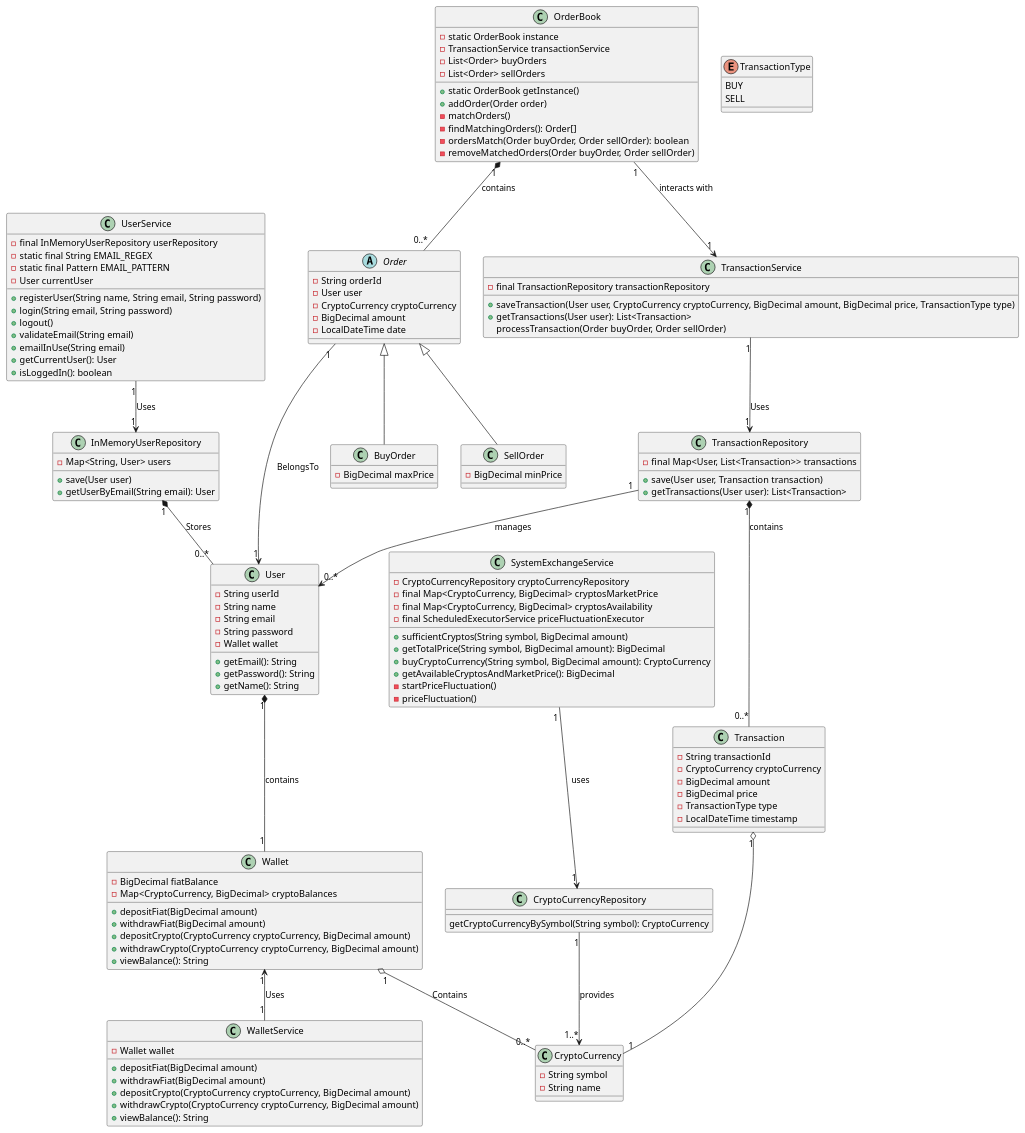
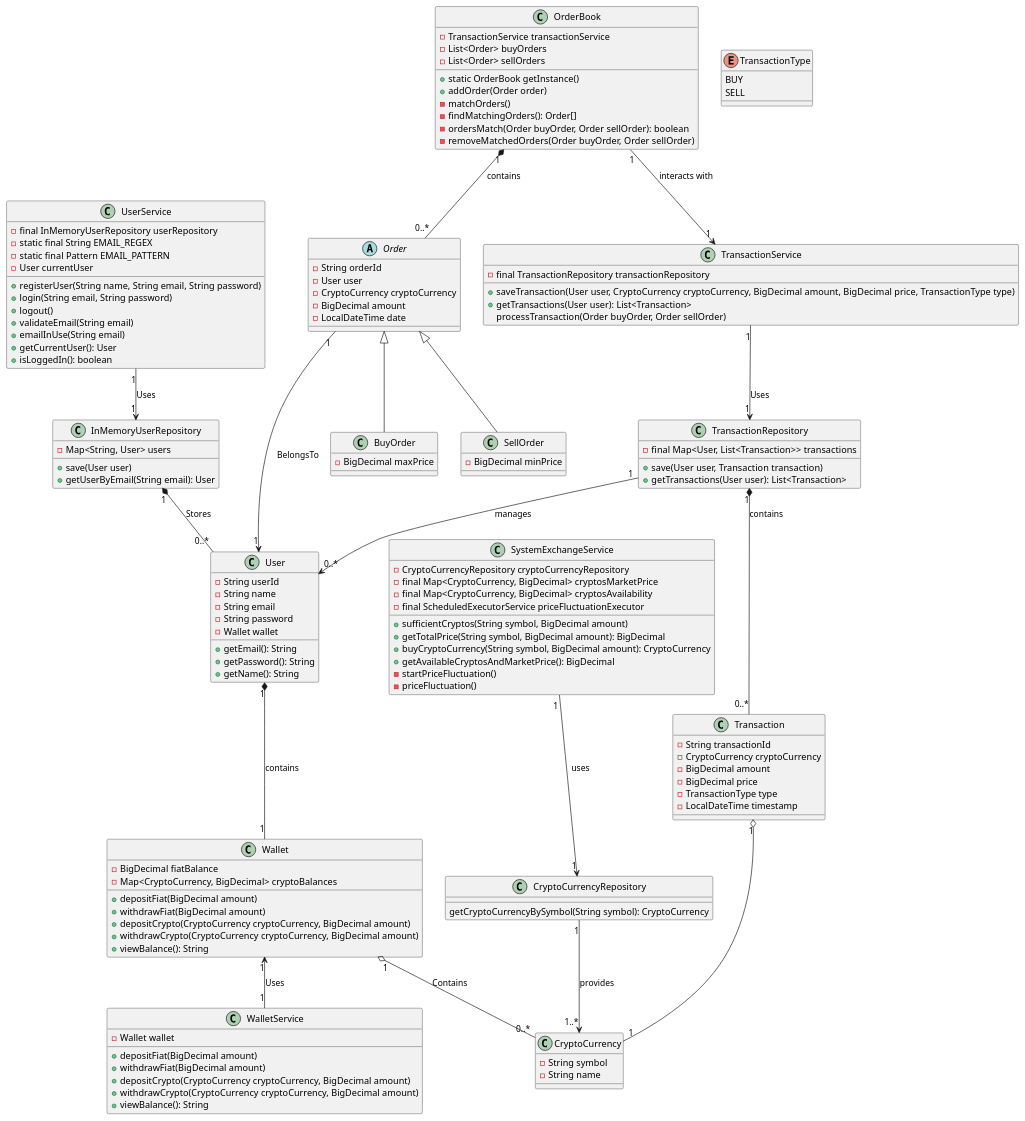
Before and after one commit to LeynderS/crypto_exchange_system: the diagram in diagram/class_diagram.puml, drawn with PlantUML. The commit also changed 2 other files, not shown here.

```diff
--- a/diagram/class_diagram.puml
+++ b/diagram/class_diagram.puml
@@ -1,149 +1,148 @@
 @startuml
 
 class UserService{
 -final InMemoryUserRepository userRepository
 -static final String EMAIL_REGEX
 -static final Pattern EMAIL_PATTERN
 -User currentUser
 +registerUser(String name, String email, String password)
 +login(String email, String password)
 +logout()
 +validateEmail(String email)
 +emailInUse(String email)
 +getCurrentUser(): User
 +isLoggedIn(): boolean
 }
 
 class InMemoryUserRepository {
   -Map<String, User> users
   +save(User user)
   +getUserByEmail(String email): User
 }
 
 class User {
 -String userId
 -String name
 -String email
 -String password
 -Wallet wallet
 +getEmail(): String
 +getPassword(): String
 +getName(): String
 }
 
 class WalletService{
 -Wallet wallet
 +depositFiat(BigDecimal amount)
 +withdrawFiat(BigDecimal amount)
 +depositCrypto(CryptoCurrency cryptoCurrency, BigDecimal amount)
 +withdrawCrypto(CryptoCurrency cryptoCurrency, BigDecimal amount)
 +viewBalance(): String
 }
 
 class Wallet {
 -BigDecimal fiatBalance
 -Map<CryptoCurrency, BigDecimal> cryptoBalances
 +depositFiat(BigDecimal amount)
 +withdrawFiat(BigDecimal amount)
 +depositCrypto(CryptoCurrency cryptoCurrency, BigDecimal amount)
 +withdrawCrypto(CryptoCurrency cryptoCurrency, BigDecimal amount)
 +viewBalance(): String
 }
 
 class CryptoCurrencyRepository{
 getCryptoCurrencyBySymbol(String symbol): CryptoCurrency
 }
 
 class SystemExchangeService{
 -CryptoCurrencyRepository cryptoCurrencyRepository
 -final Map<CryptoCurrency, BigDecimal> cryptosMarketPrice
 -final Map<CryptoCurrency, BigDecimal> cryptosAvailability
 -final ScheduledExecutorService priceFluctuationExecutor
 +sufficientCryptos(String symbol, BigDecimal amount)
 +getTotalPrice(String symbol, BigDecimal amount): BigDecimal
 +buyCryptoCurrency(String symbol, BigDecimal amount): CryptoCurrency
 +getAvailableCryptosAndMarketPrice(): BigDecimal
 -startPriceFluctuation()
 -priceFluctuation()
 }
 
 abstract class Order {
 -String orderId
 -User user
 -CryptoCurrency cryptoCurrency
 -BigDecimal amount
 -LocalDateTime date
 }
 
 class BuyOrder {
 -BigDecimal maxPrice
 }
 
 class SellOrder{
 -BigDecimal minPrice
 }
 
 class OrderBook{
--static OrderBook instance
 -TransactionService transactionService
 -List<Order> buyOrders
 -List<Order> sellOrders
 +static OrderBook getInstance()
 +addOrder(Order order)
 -matchOrders()
 -findMatchingOrders(): Order[]
 -ordersMatch(Order buyOrder, Order sellOrder): boolean
 -removeMatchedOrders(Order buyOrder, Order sellOrder)
 }
 
 class TransactionRepository {
 -final Map<User, List<Transaction>> transactions
 +save(User user, Transaction transaction)
 +getTransactions(User user): List<Transaction>
 }
 
 class Transaction {
 -String transactionId
 -CryptoCurrency cryptoCurrency
 -BigDecimal amount
 -BigDecimal price
 -TransactionType type
 -LocalDateTime timestamp
 }
 
 class TransactionService {
 -final TransactionRepository transactionRepository
 +saveTransaction(User user, CryptoCurrency cryptoCurrency, BigDecimal amount, BigDecimal price, TransactionType type)
 +getTransactions(User user): List<Transaction>
 processTransaction(Order buyOrder, Order sellOrder)
 }
 
 
 class CryptoCurrency {
 -String symbol
 -String name
 }
 
 enum TransactionType {
 BUY
 SELL
 }
 
 UserService "1" --> "1" InMemoryUserRepository : Uses
 InMemoryUserRepository "1" *-- "0..*" User : Stores
 User "1" *-- "1" Wallet : contains
 Wallet "1" <-- "1" WalletService : Uses
 Wallet "1" o-- "0..*" CryptoCurrency : Contains
 CryptoCurrencyRepository "1" --> "1..*" CryptoCurrency : provides
 SystemExchangeService "1 "--> "1" CryptoCurrencyRepository : uses
 Order <|-- BuyOrder
 Order <|-- SellOrder
 OrderBook "1" *-- "0..*" Order : contains
 OrderBook "1" --> "1" TransactionService : interacts with
 TransactionRepository "1" *-- "0..*" Transaction: contains
 TransactionService "1" --> "1" TransactionRepository : Uses
 Transaction "1" o-- "1" CryptoCurrency
 Order "1" --> "1" User : BelongsTo
 TransactionRepository "1" --> "0..*" User : manages
 
 @enduml
```
